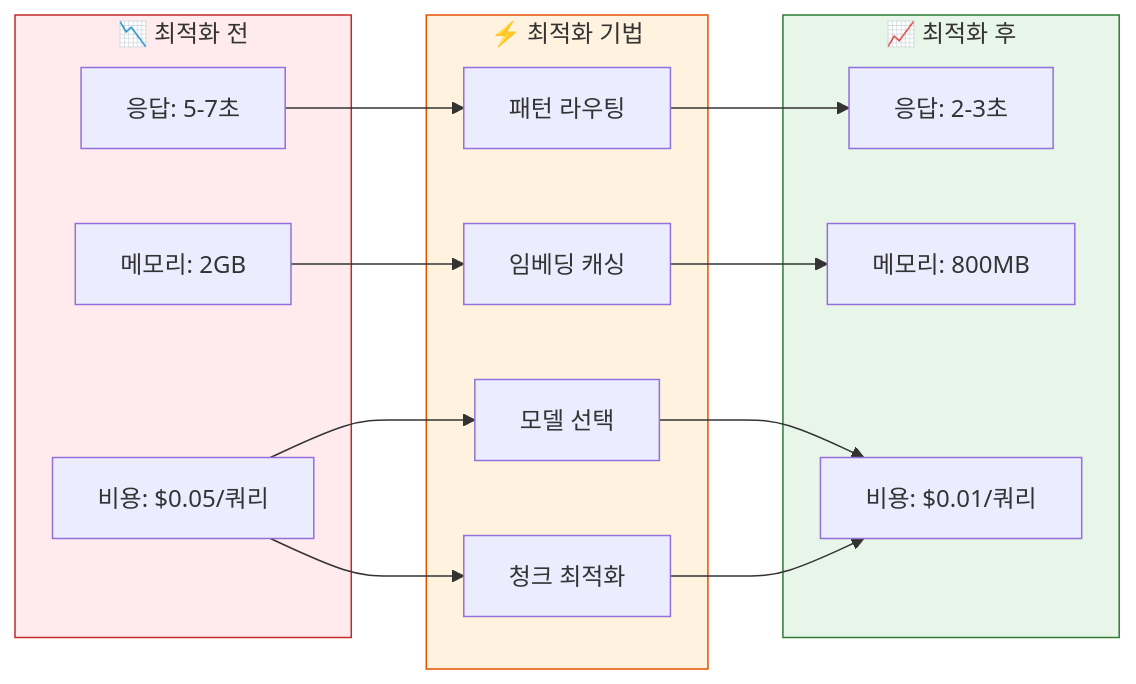
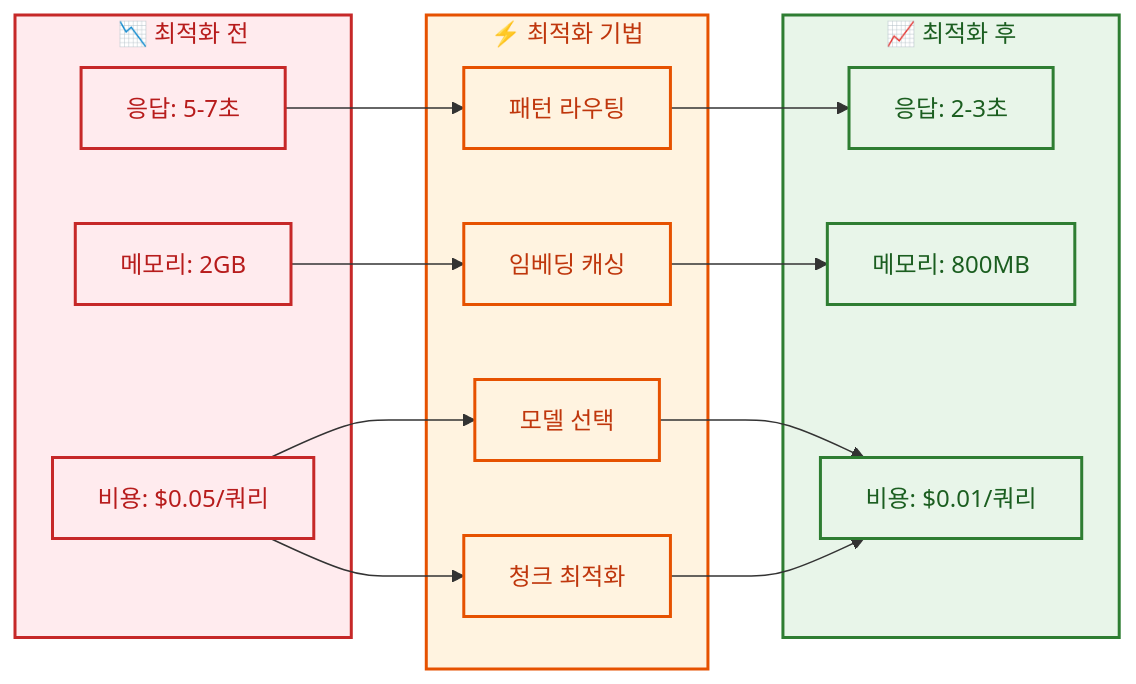
One commit to AIBootcamp14/langchainproject-new-langchainproject_5 changed the fifth of 6 diagrams in docs/PPT/03_개발_및_구현.md. Above: the diagram before and after it, drawn with Mermaid. The commit also changed other lines of this file and 5 other files, not shown here.

First line of the commit message:
style(docs): PPT 문서에 mermaid 스타일 가이드 적용

````diff
--- a/docs/PPT/03_개발_및_구현.md
+++ b/docs/PPT/03_개발_및_구현.md
@@ -306,29 +342,42 @@
 ```mermaid
 graph LR
     subgraph Before["📉 최적화 전"]
         B1[응답: 5-7초]
         B2[메모리: 2GB]
         B3[비용: $0.05/쿼리]
     end
 
     subgraph Optimization["⚡ 최적화 기법"]
         O1[패턴 라우팅]
         O2[임베딩 캐싱]
         O3[모델 선택]
         O4[청크 최적화]
     end
 
     subgraph After["📈 최적화 후"]
         A1[응답: 2-3초]
         A2[메모리: 800MB]
         A3[비용: $0.01/쿼리]
     end
 
     B1 --> O1 --> A1
     B2 --> O2 --> A2
     B3 --> O3 & O4 --> A3
 
-    style Before fill:#ffebee,stroke:#c62828
-    style Optimization fill:#fff3e0,stroke:#e65100
-    style After fill:#e8f5e9,stroke:#2e7d32
+    style Before fill:#ffebee,stroke:#c62828,stroke-width:2px,color:#b71c1c
+    style Optimization fill:#fff3e0,stroke:#e65100,stroke-width:2px,color:#bf360c
+    style After fill:#e8f5e9,stroke:#2e7d32,stroke-width:2px,color:#1b5e20
+
+    style B1 fill:#ffebee,stroke:#c62828,stroke-width:2px,color:#b71c1c
+    style B2 fill:#ffebee,stroke:#c62828,stroke-width:2px,color:#b71c1c
+    style B3 fill:#ffebee,stroke:#c62828,stroke-width:2px,color:#b71c1c
+
+    style O1 fill:#fff3e0,stroke:#e65100,stroke-width:2px,color:#bf360c
+    style O2 fill:#fff3e0,stroke:#e65100,stroke-width:2px,color:#bf360c
+    style O3 fill:#fff3e0,stroke:#e65100,stroke-width:2px,color:#bf360c
+    style O4 fill:#fff3e0,stroke:#e65100,stroke-width:2px,color:#bf360c
+
+    style A1 fill:#e8f5e9,stroke:#2e7d32,stroke-width:2px,color:#1b5e20
+    style A2 fill:#e8f5e9,stroke:#2e7d32,stroke-width:2px,color:#1b5e20
+    style A3 fill:#e8f5e9,stroke:#2e7d32,stroke-width:2px,color:#1b5e20
 ```
````
